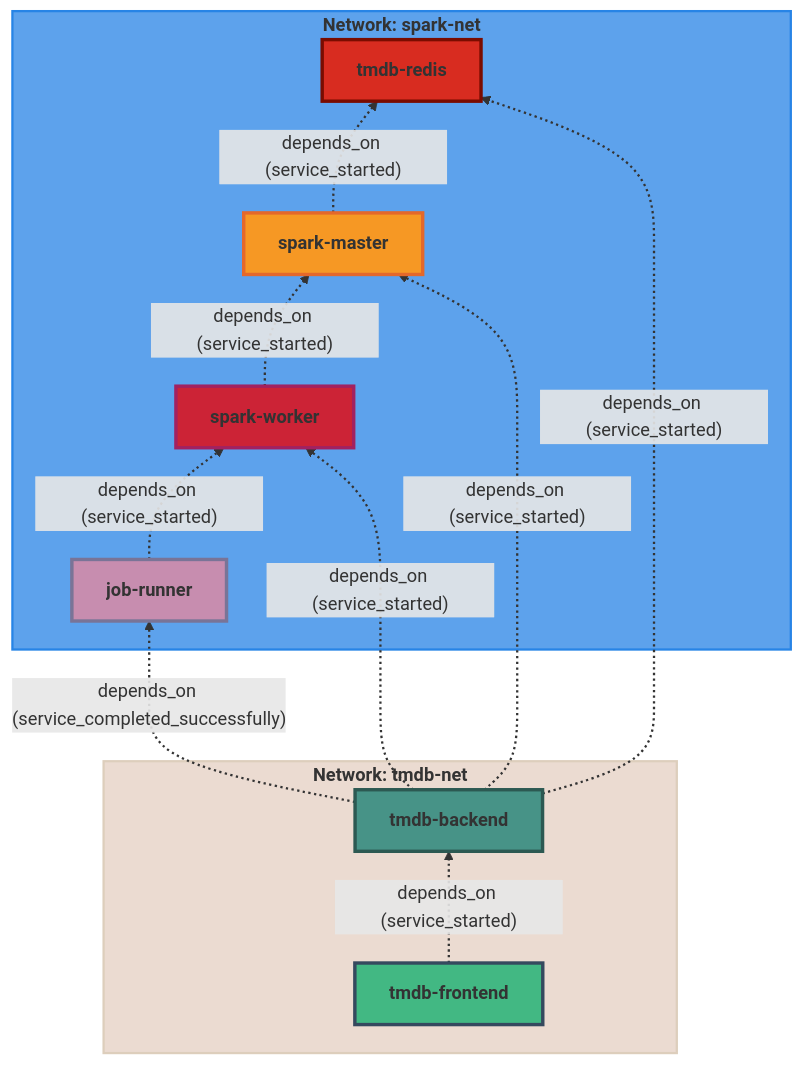
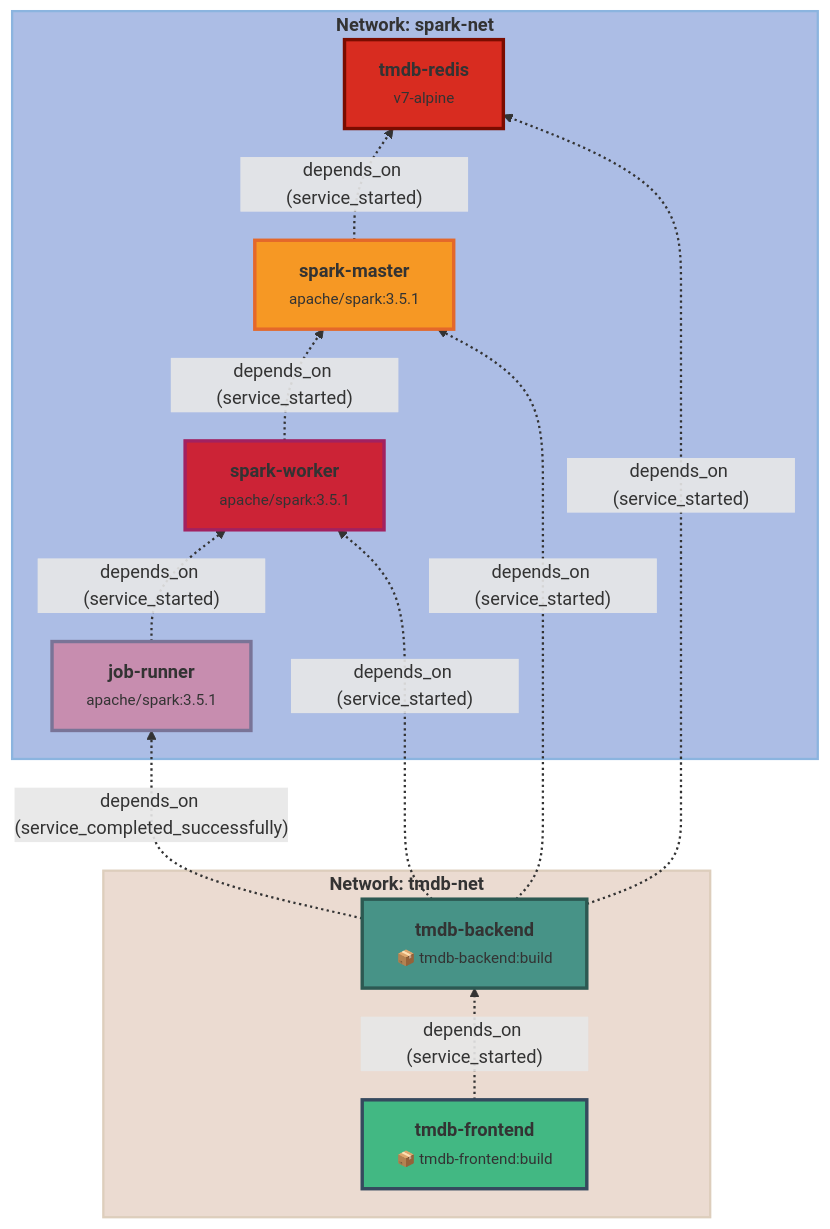
One commit to mbofos01/tmdb-spark-recommendation-extension changed the diagram in README.md. Above: the diagram before and after it, drawn with Mermaid. The commit also changed 1 other file, not shown here.

Commit message:
Update architecture diagram and README details
Enhanced the Mermaid diagram in README.md to include image tags and build info for each service, updated network colors, and added a generated docker-compose.svg for visual reference.

````diff
--- a/README.md
+++ b/README.md
@@ -5,49 +5,46 @@
 ```mermaid
     %%{init: {"theme": "default", "themeVariables": {"background":"#ffffff"}}}%%
     graph BT
       subgraph Network_spark-net[<b>Network: spark-net</b>]
         tmdb-redis["<b>tmdb-redis</b>"]
-        spark-master["<b>spark-master</b>"]
-        spark-worker["<b>spark-worker</b>"]
-        job-runner["<b>job-runner</b>"]
+        spark-master["<b>spark-master</b><br/><small>apache/spark:3.5.1</small>"]
+        spark-worker["<b>spark-worker</b><br/><small>apache/spark:3.5.1</small>"]
+        job-runner["<b>job-runner</b><br/><small>apache/spark:3.5.1</small>"]
       end
-      style Network_spark-net fill:#5da2ec,stroke:#2784e6,stroke-width:2,stroke-dasharray:0
+      style Network_spark-net fill:#acbde5,stroke:#8bb4df,stroke-width:2,stroke-dasharray:0
       subgraph Network_tmdb-net[<b>Network: tmdb-net</b>]
         tmdb-redis["<b>tmdb-redis</b>"]
         tmdb-backend["<b>tmdb-backend</b>"]
         tmdb-frontend["<b>tmdb-frontend</b>"]
       end
       style Network_tmdb-net fill:#EBDBD1,stroke:#DDCEBC,stroke-width:2,stroke-dasharray:0
-      tmdb-redis["<b>tmdb-redis</b>"]
-      spark-master["<b>spark-master</b>"]
-      spark-worker["<b>spark-worker</b>"]
-      job-runner["<b>job-runner</b>"]
-      tmdb-backend["<b>tmdb-backend</b>"]
-      tmdb-frontend["<b>tmdb-frontend</b>"]
+      tmdb-redis["<b>tmdb-redis</b><br/><small>v7-alpine</small>"]
+      spark-master["<b>spark-master</b><br/><small>apache/spark:3.5.1</small>"]
+      spark-worker["<b>spark-worker</b><br/><small>apache/spark:3.5.1</small>"]
+      job-runner["<b>job-runner</b><br/><small>apache/spark:3.5.1</small>"]
+      tmdb-backend["<b>tmdb-backend</b><br/><small>📦 tmdb-backend:build</small>"]
+      tmdb-frontend["<b>tmdb-frontend</b><br/><small>📦 tmdb-frontend:build</small>"]
       spark-master -- depends_on (service_started) --> tmdb-redis
       linkStyle 0 stroke-width:2,stroke-dasharray:2 3
       spark-worker -- depends_on (service_started) --> spark-master
       linkStyle 1 stroke-width:2,stroke-dasharray:2 3
       job-runner -- depends_on (service_started) --> spark-worker
       linkStyle 2 stroke-width:2,stroke-dasharray:2 3
       tmdb-backend -- depends_on (service_completed_successfully) --> job-runner
       linkStyle 3 stroke-width:2,stroke-dasharray:2 3
       tmdb-backend -- depends_on (service_started) --> spark-master
       linkStyle 4 stroke-width:2,stroke-dasharray:2 3
       tmdb-backend -- depends_on (service_started) --> spark-worker
       linkStyle 5 stroke-width:2,stroke-dasharray:2 3
       tmdb-backend -- depends_on (service_started) --> tmdb-redis
       linkStyle 6 stroke-width:2,stroke-dasharray:2 3
       tmdb-frontend -- depends_on (service_started) --> tmdb-backend
       linkStyle 7 stroke-width:2,stroke-dasharray:2 3
       style tmdb-redis fill:#D82C20,stroke:#7A0C00,stroke-width:3,stroke-dasharray:0
       style spark-master fill:#F69824,stroke:#E4682A,stroke-width:3,stroke-dasharray:0
       style spark-worker fill:#CC2336,stroke:#A22160,stroke-width:3,stroke-dasharray:0
       style job-runner fill:#C78DAF,stroke:#797497,stroke-width:3,stroke-dasharray:0
       style tmdb-backend fill:#479387,stroke:#2c5952,stroke-width:3,stroke-dasharray:0
       style tmdb-frontend fill:#42b883,stroke:#35495e,stroke-width:3,stroke-dasharray:0
 
-
-
-
 ```
````
